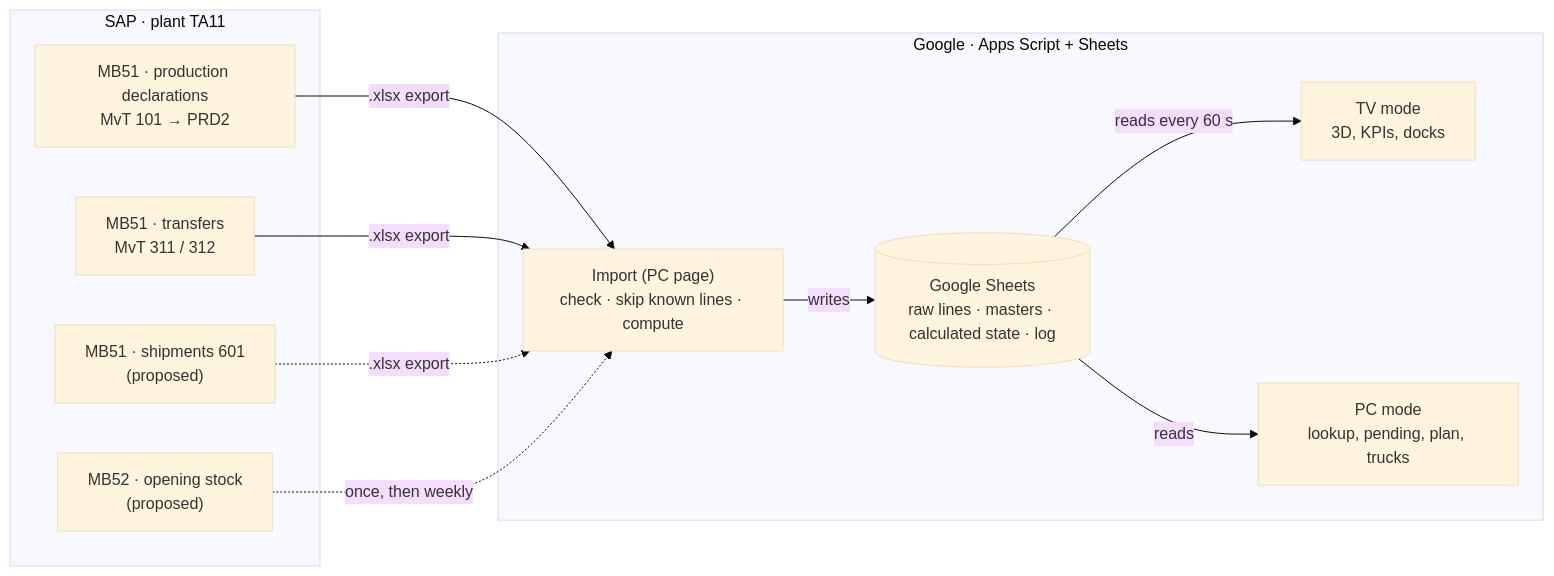
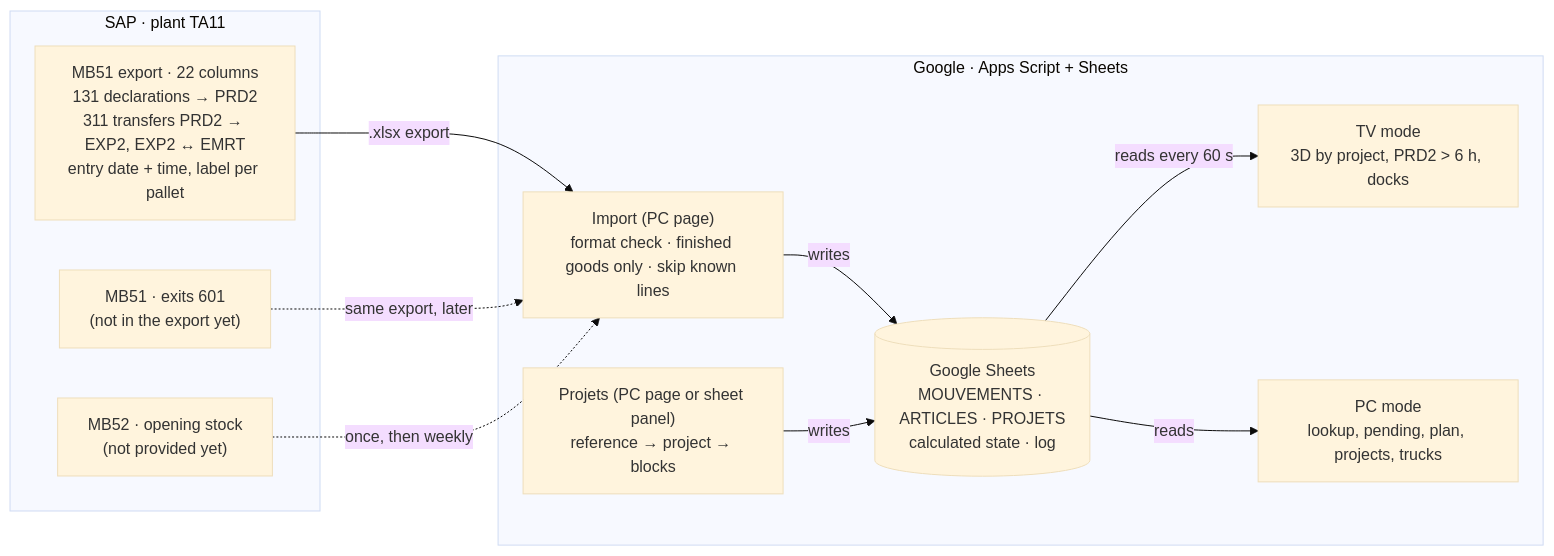
The first of 2 diagrams in README.md (Mehdi007bond/WMS_exp_zone), drawn with Mermaid (base theme) before and after one commit. The commit also changed other lines of this file and 24 other files, not shown here.

First line of the commit message:
v2: browser check fixes, sheet panels harness, README and docs for v2

````diff
--- a/README.md
+++ b/README.md
@@ -55,22 +136,22 @@
 ```mermaid
 flowchart LR
   subgraph SAP["SAP · plant TA11"]
-    D["MB51 · production declarations<br/>MvT 101 → PRD2"]
-    T["MB51 · transfers<br/>MvT 311 / 312"]
-    X["MB51 · shipments 601<br/>(proposed)"]
-    I["MB52 · opening stock<br/>(proposed)"]
+    E["MB51 export · 22 columns<br/>131 declarations → PRD2<br/>311 transfers PRD2 → EXP2, EXP2 ↔ EMRT<br/>entry date + time, label per pallet"]
+    X["MB51 · exits 601<br/>(not in the export yet)"]
+    I["MB52 · opening stock<br/>(not provided yet)"]
   end
   subgraph G["Google · Apps Script + Sheets"]
-    IMP["Import (PC page)<br/>check · skip known lines · compute"]
-    DB[("Google Sheets<br/>raw lines · masters · calculated state · log")]
-    TV["TV mode<br/>3D, KPIs, docks"]
-    PC["PC mode<br/>lookup, pending, plan, trucks"]
+    IMP["Import (PC page)<br/>format check · finished goods only · skip known lines"]
+    PRJ["Projets (PC page or sheet panel)<br/>reference → project → blocks"]
+    DB[("Google Sheets<br/>MOUVEMENTS · ARTICLES · PROJETS<br/>calculated state · log")]
+    TV["TV mode<br/>3D by project, PRD2 > 6 h, docks"]
+    PC["PC mode<br/>lookup, pending, plan, projects, trucks"]
   end
-  D -->|".xlsx export"| IMP
-  T -->|".xlsx export"| IMP
-  X -.->|".xlsx export"| IMP
+  E -->|".xlsx export"| IMP
+  X -.->|"same export, later"| IMP
   I -.->|"once, then weekly"| IMP
   IMP -->|writes| DB
+  PRJ -->|writes| DB
   DB -->|"reads every 60 s"| TV
   DB -->|reads| PC
 ```
````
